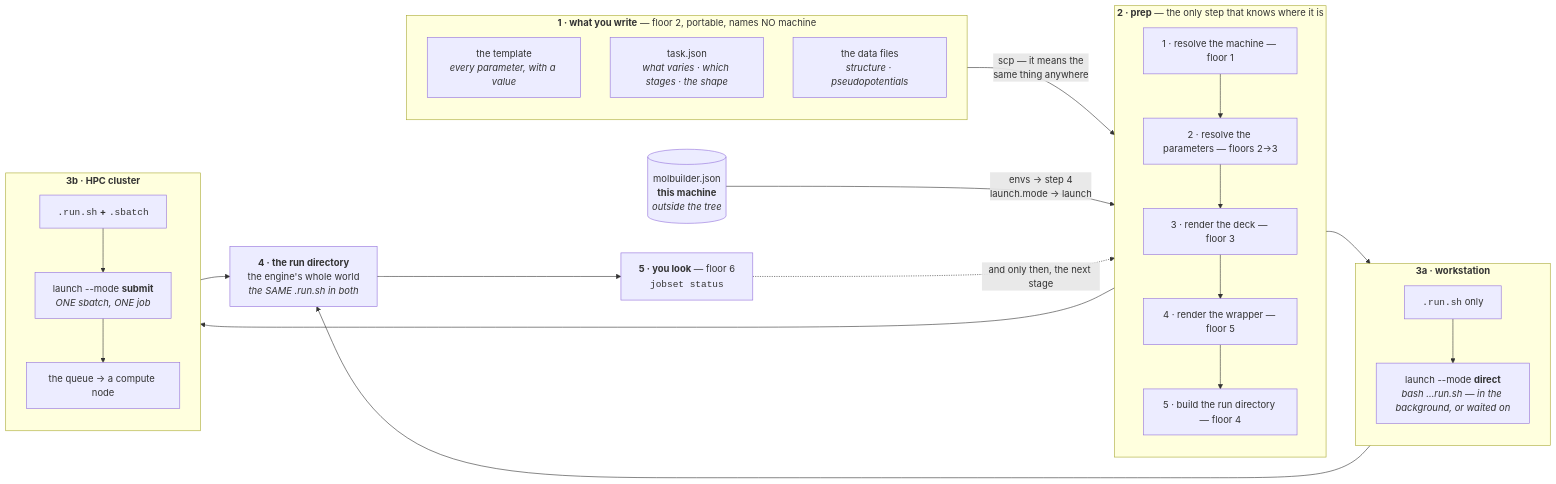
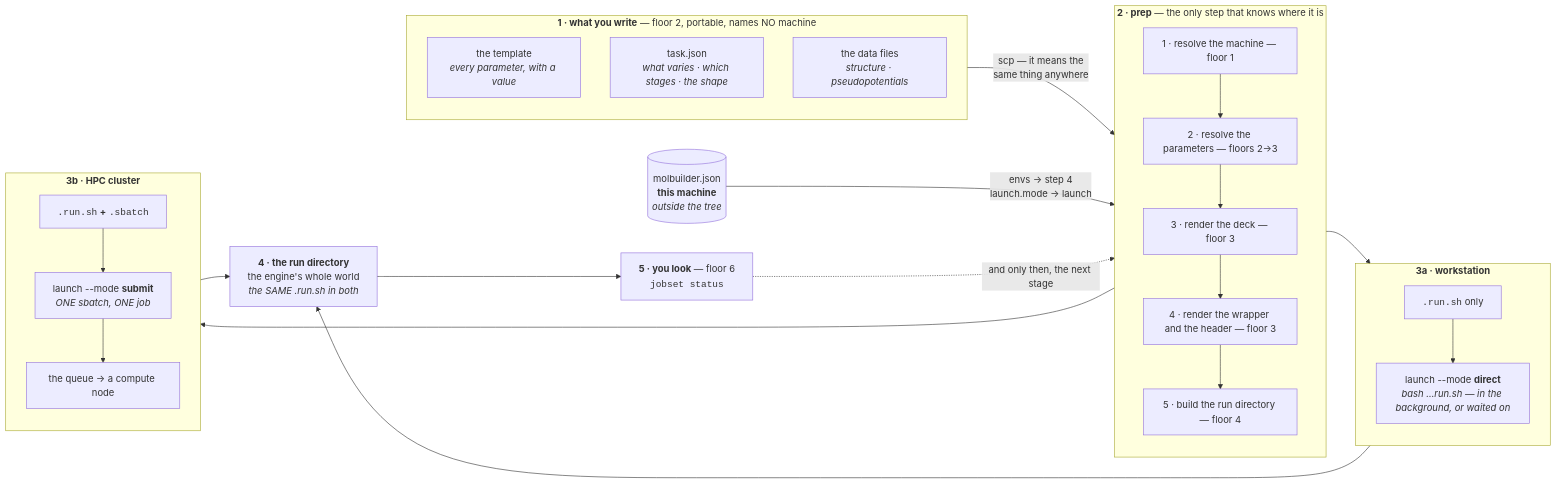
The ninth of 10 diagrams in docs/execution/architecture.md (Qing-LAB/molbuilder), drawn with Mermaid before and after one commit. The commit also changed other lines of this file and 50 other files, not shown here.

````diff
--- a/docs/execution/architecture.md
+++ b/docs/execution/architecture.md
@@ -1206,46 +1187,46 @@
 ```mermaid
 flowchart LR
     subgraph PORT["<b>1 · what you write</b> — floor 2, portable, names NO machine"]
       direction TB
       T["the template<br/><i>every parameter, with a value</i>"]
       TJ["task.json<br/><i>what varies · which stages · the shape</i>"]
       DAT["the data files<br/><i>structure · pseudopotentials</i>"]
     end
 
     CFG[("molbuilder.json<br/><b>this machine</b><br/><i>outside the tree</i>")]
 
     subgraph PREP["<b>2 · prep</b> — the only step that knows where it is"]
       direction TB
       S1["1 · resolve the machine — floor 1"]
       S2["2 · resolve the parameters — floors 2→3"]
       S3["3 · render the deck — floor 3"]
-      S4["4 · render the wrapper — floor 5"]
+      S4["4 · render the wrapper and the header — floor 3"]
       S5["5 · build the run directory — floor 4"]
       S1 --> S2 --> S3 --> S4 --> S5
     end
 
     subgraph WS["<b>3a · workstation</b>"]
       direction TB
       WA["<code>.run.sh</code> only"]
       WB["launch --mode <b>direct</b><br/><i>bash …run.sh — in the background, or waited on</i>"]
       WA --> WB
     end
     subgraph HPC["<b>3b · HPC cluster</b>"]
       direction TB
       HA["<code>.run.sh</code> <b>+</b> <code>.sbatch</code>"]
       HB["launch --mode <b>submit</b><br/><i>ONE sbatch, ONE job</i>"]
       HC["the queue → a compute node"]
       HA --> HB --> HC
     end
 
     RUN["<b>4 · the run directory</b><br/>the engine's whole world<br/><i>the SAME .run.sh in both</i>"]
     OBS["<b>5 · you look</b> — floor 6<br/><code>jobset status</code>"]
 
     PORT -->|"scp — it means the<br/>same thing anywhere"| PREP
     CFG -->|"envs → step 4<br/>launch.mode → launch"| PREP
     PREP --> WS & HPC
     WS --> RUN
     HPC --> RUN
     RUN --> OBS
     OBS -.->|"and only then, the next stage"| PREP
 ```
````
